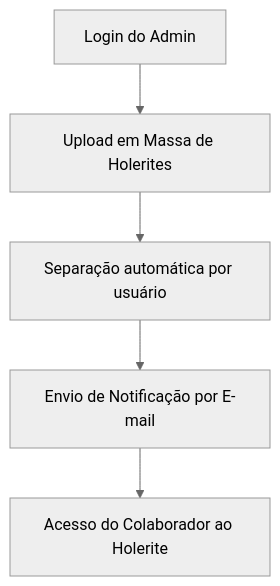
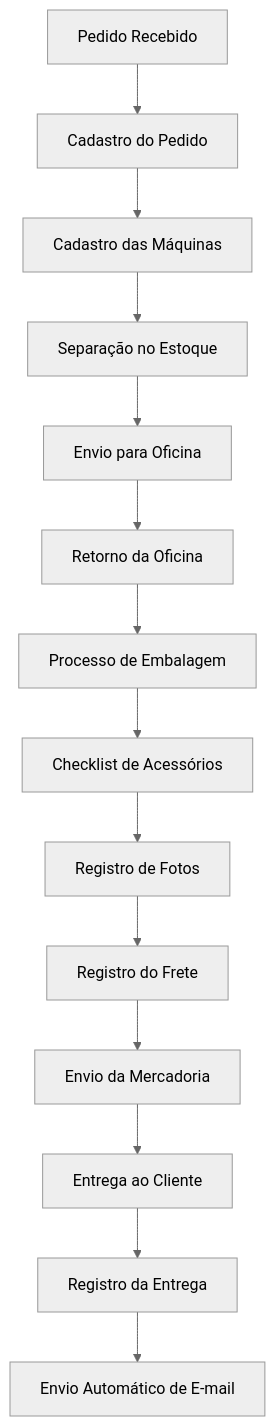
Before and after one commit to v4gn32/app-nilfisk: the diagram in apresentacao/README.md, drawn with Mermaid (neutral theme). The commit also changed other lines of this file and 8 other files, not shown here.

````diff
--- a/apresentacao/README.md
+++ b/apresentacao/README.md
@@ -92,7 +149,16 @@
-```mermaid
+``` mermaid
 graph TD
-A[Login do Admin] --> B[Upload em Massa de Holerites]
-B --> C[Separação automática por usuário]
-C --> D[Envio de Notificação por E-mail]
-D --> E[Acesso do Colaborador ao Holerite]
+A[Pedido Recebido] --> B[Cadastro do Pedido]
+B --> C[Cadastro das Máquinas]
+C --> D[Separação no Estoque]
+D --> E[Envio para Oficina]
+E --> F[Retorno da Oficina]
+F --> G[Processo de Embalagem]
+G --> H[Checklist de Acessórios]
+H --> I[Registro de Fotos]
+I --> J[Registro do Frete]
+J --> K[Envio da Mercadoria]
+K --> L[Entrega ao Cliente]
+L --> M[Registro da Entrega]
+M --> N[Envio Automático de E-mail]
 ```
````
